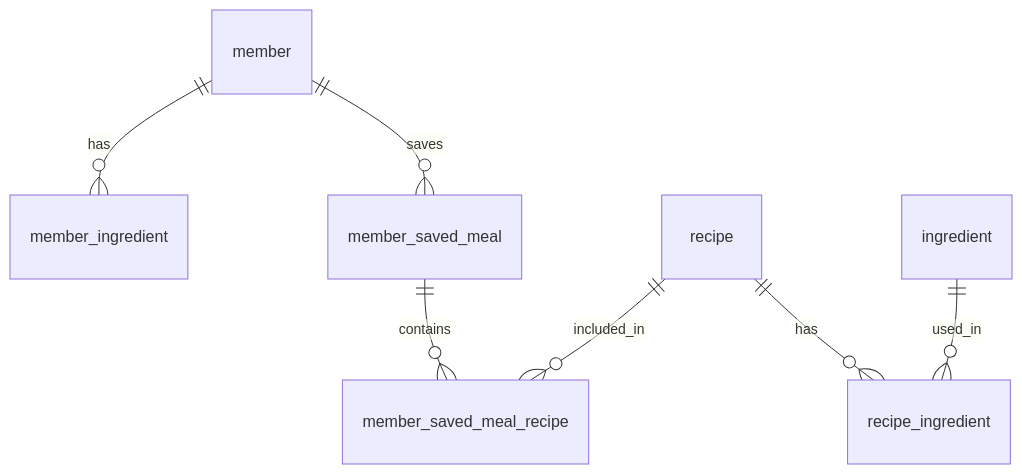
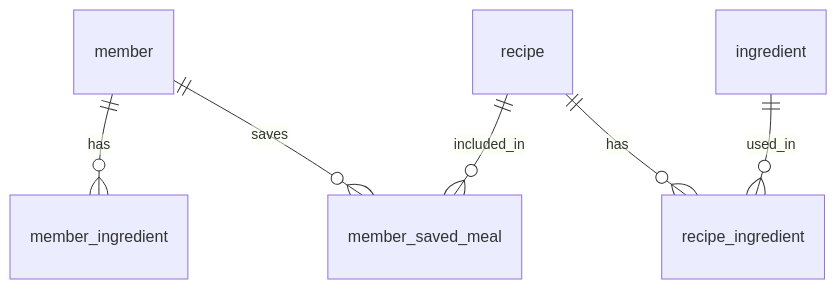
The first of 2 diagrams in docs/ERD.md (hg-proj/mealgram), drawn with Mermaid before and after one commit. The commit also changed other lines of this file and 10 other files, not shown here.

````diff
--- a/docs/ERD.md
+++ b/docs/ERD.md
@@ -23,9 +22,8 @@
 ```mermaid
 erDiagram
     member ||--o{ member_ingredient : has
     member ||--o{ member_saved_meal : saves
-    member_saved_meal ||--o{ member_saved_meal_recipe : contains
-    recipe ||--o{ member_saved_meal_recipe : included_in
+    recipe ||--o{ member_saved_meal : included_in
     recipe ||--o{ recipe_ingredient : has
     ingredient ||--o{ recipe_ingredient : used_in
 ```
````
